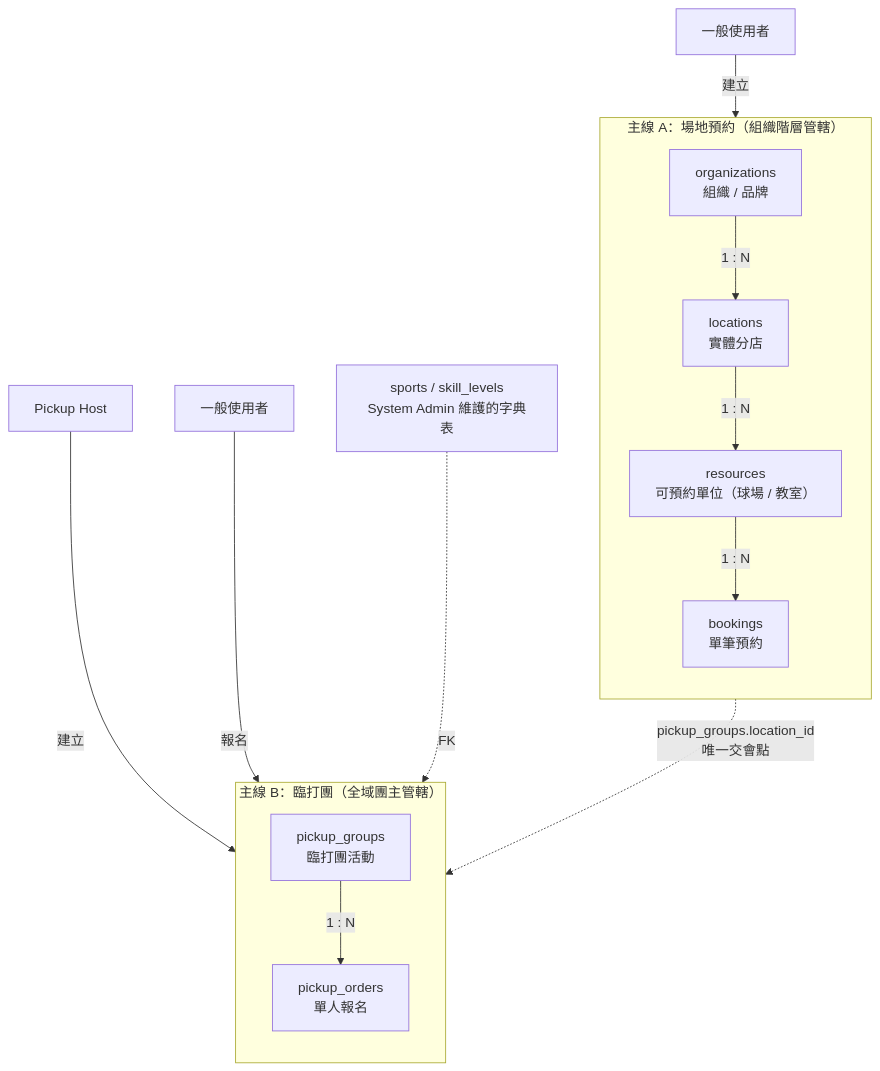
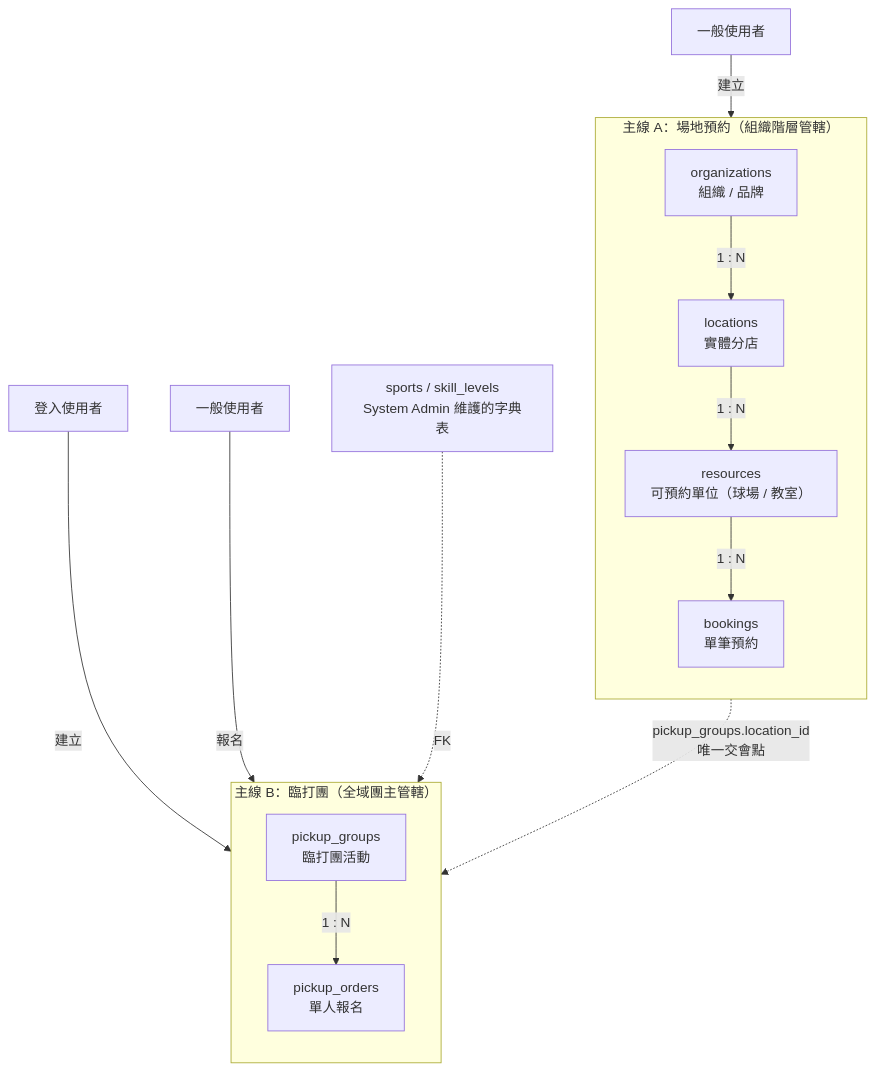
One commit to nekogravitycat/court-booking-backend changed the fourth of 7 diagrams in docs/role_system.md. Above: the diagram before and after it, drawn with Mermaid. The commit also changed other lines of this file and 24 other files, not shown here.

````diff
--- a/docs/role_system.md
+++ b/docs/role_system.md
@@ -166,28 +166,28 @@
 ```mermaid
 flowchart TD
     subgraph L1 ["主線 A：場地預約（組織階層管轄）"]
         direction TB
         ORG["organizations<br/>組織 / 品牌"]
         LOC["locations<br/>實體分店"]
         RES["resources<br/>可預約單位（球場 / 教室）"]
         BOOK["bookings<br/>單筆預約"]
         ORG -->|"1 : N"| LOC
         LOC -->|"1 : N"| RES
         RES -->|"1 : N"| BOOK
     end
 
     subgraph L2 ["主線 B：臨打團（全域團主管轄）"]
         direction TB
         PG["pickup_groups<br/>臨打團活動"]
         PO["pickup_orders<br/>單人報名"]
         PG -->|"1 : N"| PO
     end
 
     LOC -.->|"pickup_groups.location_id<br/>唯一交會點"| PG
 
     U1["一般使用者"] -->|"建立"| BOOK
-    U2["Pickup Host"] -->|"建立"| PG
+    U2["登入使用者"] -->|"建立"| PG
     U3["一般使用者"] -->|"報名"| PO
 
     SPORT["sports / skill_levels<br/>System Admin 維護的字典表"] -.->|"FK"| PG
 ```
````
